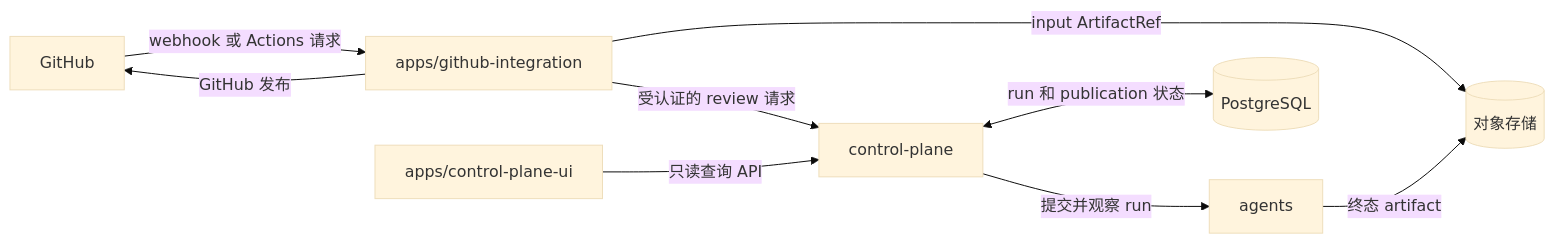
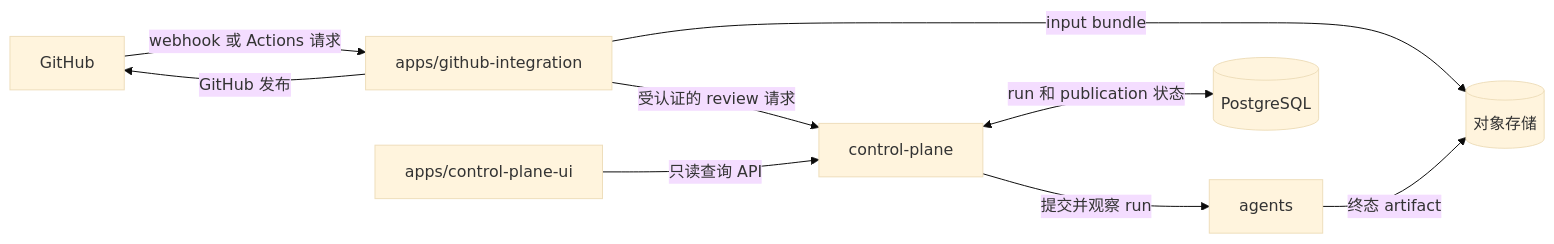
The diagram in README.zh.md (Agent-AI-Chalmers/sec-review-bot), drawn with Mermaid (base theme) before and after one commit. The commit also changed other lines of this file and 96 other files, not shown here.

````diff
--- a/README.zh.md
+++ b/README.zh.md
@@ -52,19 +50,19 @@
 ```mermaid
 flowchart LR
   github[GitHub]
   integration[apps/github-integration]
   control[control-plane]
   ui[apps/control-plane-ui]
   agents[agents]
   storage[(对象存储)]
   state[(PostgreSQL)]
 
   github -->|webhook 或 Actions 请求| integration
   integration -->|受认证的 review 请求| control
   control -->|提交并观察 run| agents
-  integration -->|input ArtifactRef| storage
+  integration -->|input bundle| storage
   agents -->|终态 artifact| storage
   control <-->|run 和 publication 状态| state
   ui -->|只读查询 API| control
   integration -->|GitHub 发布| github
 ```
````
